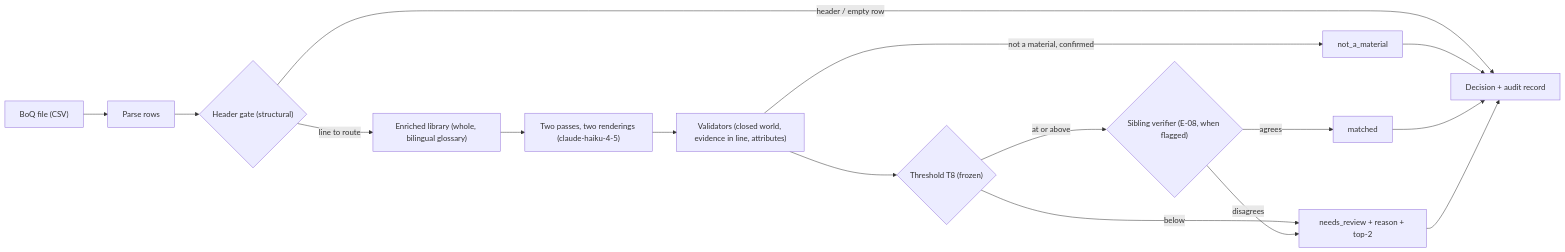
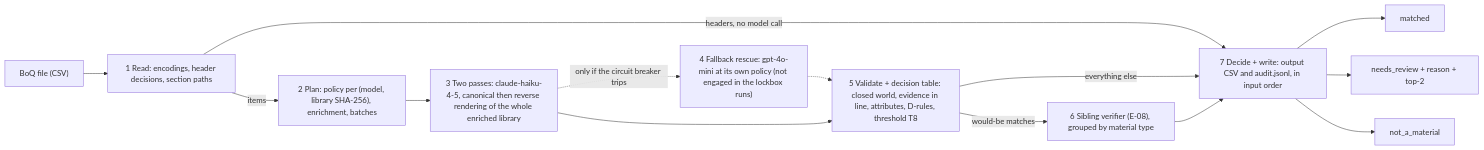
Before and after one commit to soneeee22000/oris-material-matcher: the diagram in README.md, drawn with Mermaid. The commit also changed other lines of this file and 7 other files, not shown here.

````diff
--- a/README.md
+++ b/README.md
@@ -39,18 +133,16 @@
 ```mermaid
 flowchart LR
-    A["BoQ file (CSV)"] --> B["Parse rows"]
-    B --> C{"Header gate (structural)"}
-    C -- "header / empty row" --> H["Decision + audit record"]
-    C -- "line to route" --> D["Enriched library (whole, bilingual glossary)"]
-    D --> E["Two passes, two renderings (claude-haiku-4-5)"]
-    E --> F["Validators (closed world, evidence in line, attributes)"]
-    F --> G{"Threshold T8 (frozen)"}
-    G -- "below" --> R["needs_review + reason + top-2"]
-    G -- "at or above" --> V{"Sibling verifier (E-08, when flagged)"}
-    V -- "agrees" --> M["matched"]
-    V -- "disagrees" --> R
-    F -- "not a material, confirmed" --> N["not_a_material"]
-    N --> H
-    M --> H
-    R --> H
+    IN["BoQ file (CSV)"] --> S1["1 Read: encodings, header decisions, section paths"]
+    S1 -- "headers, no model call" --> S7
+    S1 -- "items" --> S2["2 Plan: policy per (model, library SHA-256), enrichment, batches"]
+    S2 --> S3["3 Two passes: claude-haiku-4-5, canonical then reverse rendering of the whole enriched library"]
+    S3 -.->|only if the circuit breaker trips| S4["4 Fallback rescue: gpt-4o-mini at its own policy (not engaged in the lockbox runs)"]
+    S4 -.-> S5
+    S3 --> S5["5 Validate + decision table: closed world, evidence in line, attributes, D-rules, threshold T8"]
+    S5 -- "would-be matches" --> S6["6 Sibling verifier (E-08), grouped by material type"]
+    S5 -- "everything else" --> S7
+    S6 --> S7["7 Decide + write: output CSV and audit.jsonl, in input order"]
+    S7 --> M["matched"]
+    S7 --> R["needs_review + reason + top-2"]
+    S7 --> N["not_a_material"]
 ```
````
